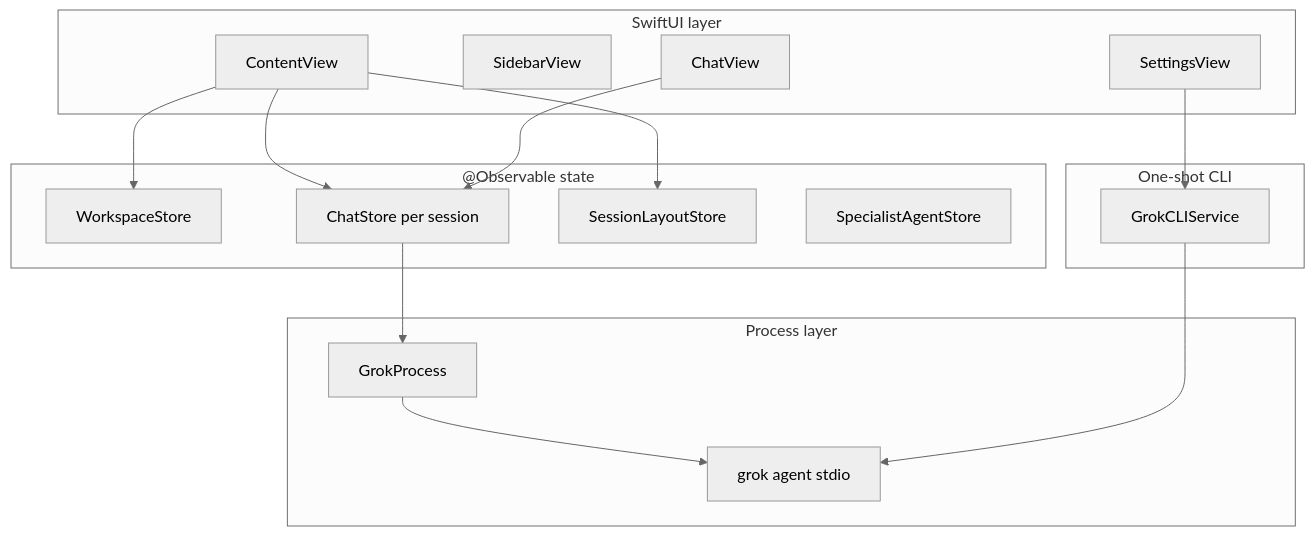
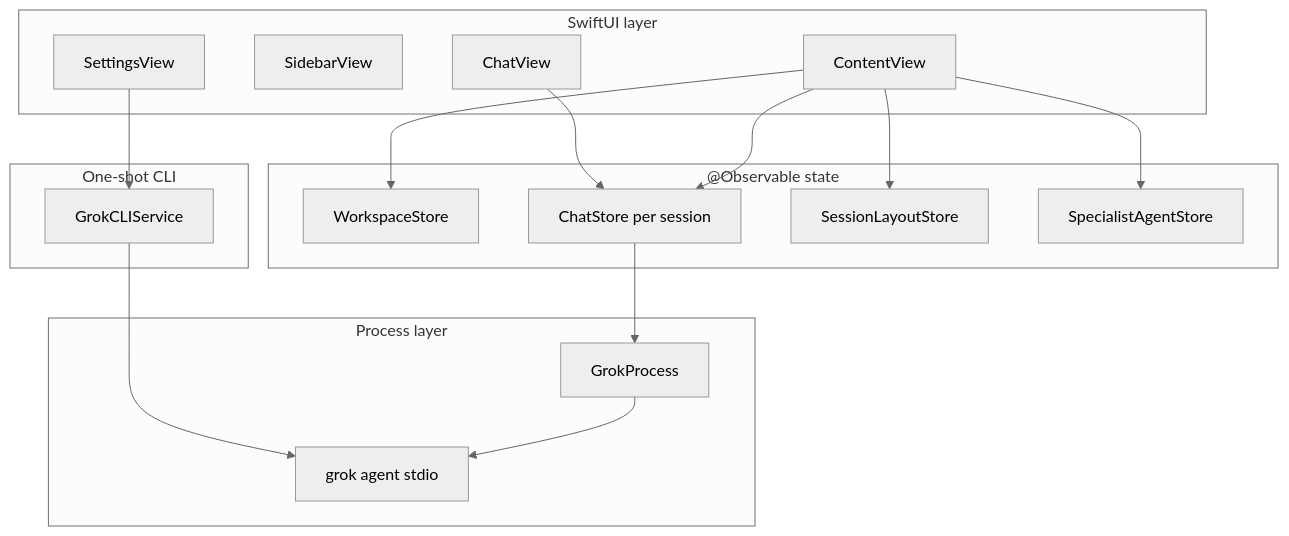
One commit to rimusz/grok-build-desktop changed the first of 2 diagrams in ARCHITECTURE.md. Above: the diagram before and after it, drawn with Mermaid (neutral theme). The commit also changed other lines of this file and 14 other files, not shown here.

````diff
--- a/ARCHITECTURE.md
+++ b/ARCHITECTURE.md
@@ -152,34 +152,35 @@
 ```mermaid
 flowchart TB
     subgraph UI["SwiftUI layer"]
         CV[ContentView]
         SV[SidebarView]
         CHV[ChatView]
         STV[SettingsView]
     end
 
     subgraph State["@Observable state"]
         WS[WorkspaceStore]
         CS[ChatStore per session]
         SL[SessionLayoutStore]
         SAS[SpecialistAgentStore]
     end
 
     subgraph Process["Process layer"]
         GP[GrokProcess]
         CLI["grok agent stdio"]
     end
 
     subgraph OneShot["One-shot CLI"]
         GCS[GrokCLIService]
     end
 
     CV --> WS
     CV --> CS
     CV --> SL
+    CV --> SAS
     CHV --> CS
     CS --> GP
     GP --> CLI
     STV --> GCS
     GCS --> CLI
 ```
````
